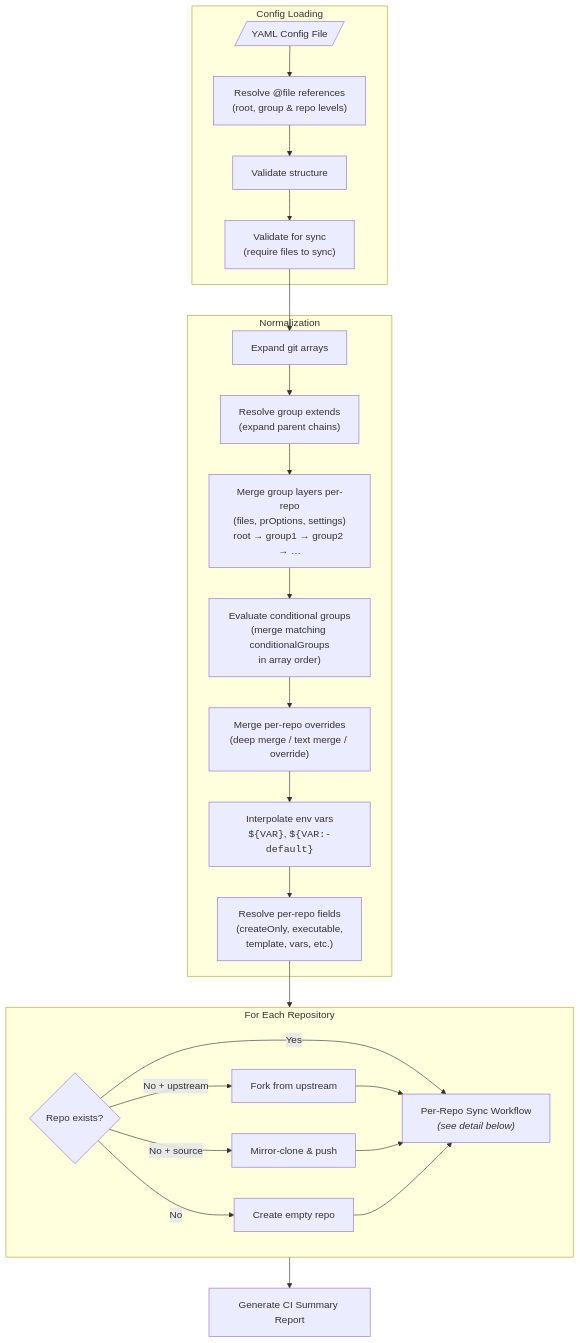
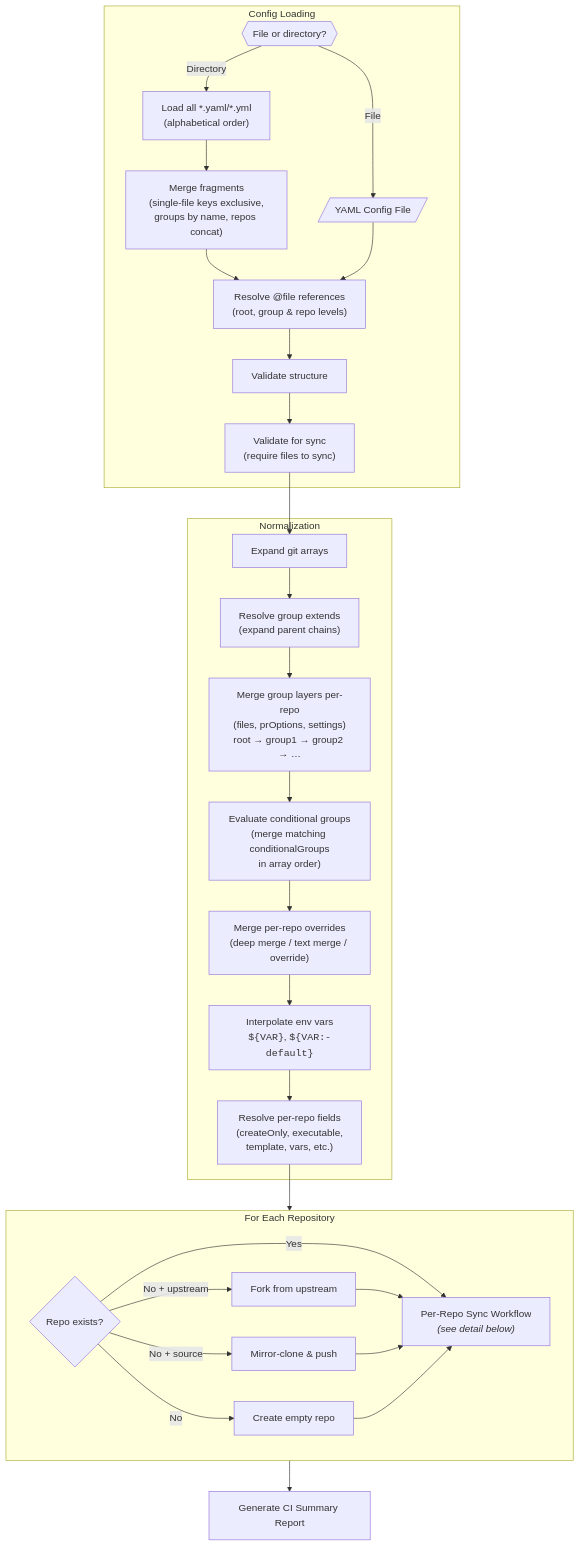
One commit to anthony-spruyt/xfg changed the first of 7 diagrams in docs/index.md. Above: the diagram before and after it, drawn with Mermaid. The commit also changed other lines of this file, not shown here.

First line of the commit message:
docs: update mermaid diagrams for code scanning and multi-file config (#677)

````diff
--- a/docs/index.md
+++ b/docs/index.md
@@ -217,31 +217,35 @@
 ```mermaid
 flowchart TB
     subgraph Loading["Config Loading"]
-        YAML[/"YAML Config File"/] --> REFS["Resolve @file references<br/>(root, group & repo levels)"]
+        INPUT{{"File or directory?"}} -->|File| YAML[/"YAML Config File"/]
+        INPUT -->|Directory| DIR["Load all *.yaml/*.yml<br/>(alphabetical order)"]
+        DIR --> MERGE_CFG["Merge fragments<br/>(single-file keys exclusive,<br/>groups by name, repos concat)"]
+        MERGE_CFG --> REFS["Resolve @file references<br/>(root, group & repo levels)"]
+        YAML --> REFS
         REFS --> VALIDATE["Validate structure"]
         VALIDATE --> VALIDATE_CMD_S["Validate for sync<br/>(require files to sync)"]
     end
 
     subgraph Normalization
         EXPAND["Expand git arrays"] --> EXTENDS["Resolve group extends<br/>(expand parent chains)"]
         EXTENDS --> GROUPS["Merge group layers per-repo<br/>(files, prOptions, settings)<br/>root → group1 → group2 → …"]
         GROUPS --> COND["Evaluate conditional groups<br/>(merge matching conditionalGroups<br/>in array order)"]
         COND --> MERGE["Merge per-repo overrides<br/>(deep merge / text merge / override)"]
         MERGE --> ENV["Interpolate env vars<br/><code>${VAR}</code>, <code>${VAR:-default}</code>"]
         ENV --> OPTS["Resolve per-repo fields<br/>(createOnly, executable,<br/>template, vars, etc.)"]
     end
 
     subgraph ForEach["For Each Repository"]
         LIFECYCLE{"Repo exists?"} -->|Yes| SYNC
         LIFECYCLE -->|"No + upstream"| FORK["Fork from upstream"] --> SYNC
         LIFECYCLE -->|"No + source"| MIGRATE["Mirror-clone & push"] --> SYNC
         LIFECYCLE -->|No| CREATE["Create empty repo"] --> SYNC
         SYNC["Per-Repo Sync Workflow<br/><i>(see detail below)</i>"]
     end
 
     SUMMARY["Generate CI Summary Report"]
 
     VALIDATE_CMD_S --> EXPAND
     OPTS --> ForEach
     ForEach --> SUMMARY
 ```
````
